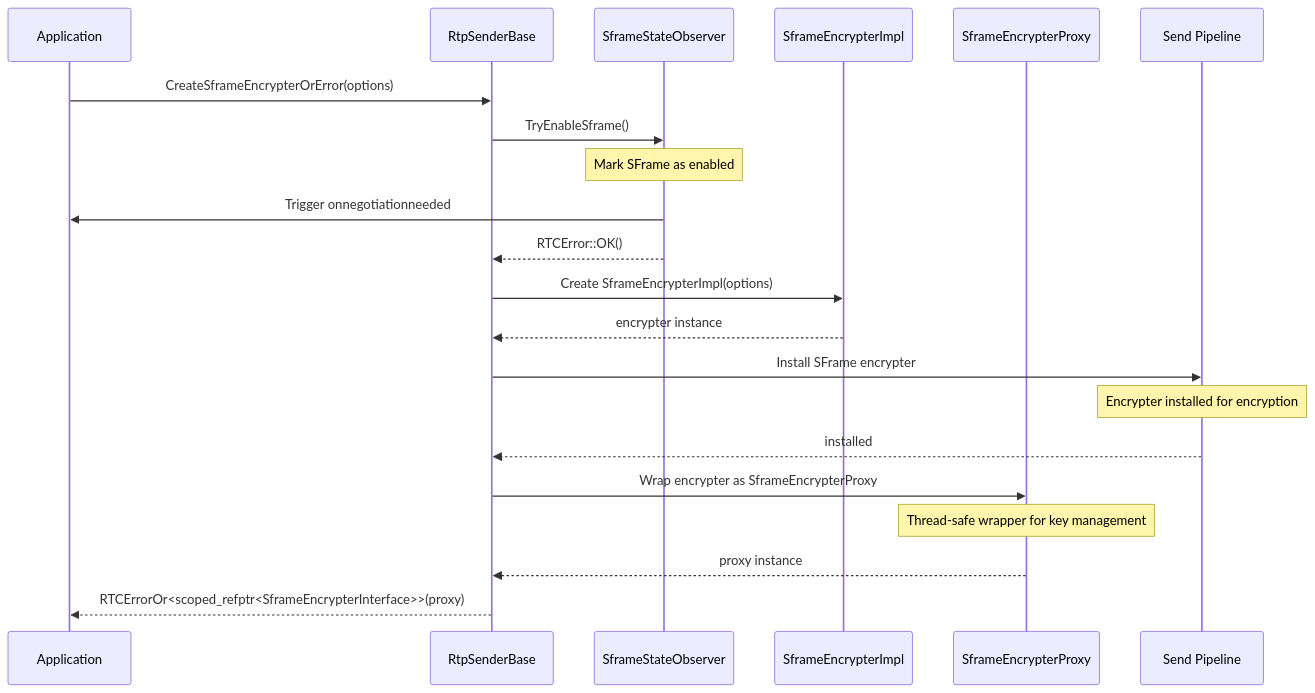
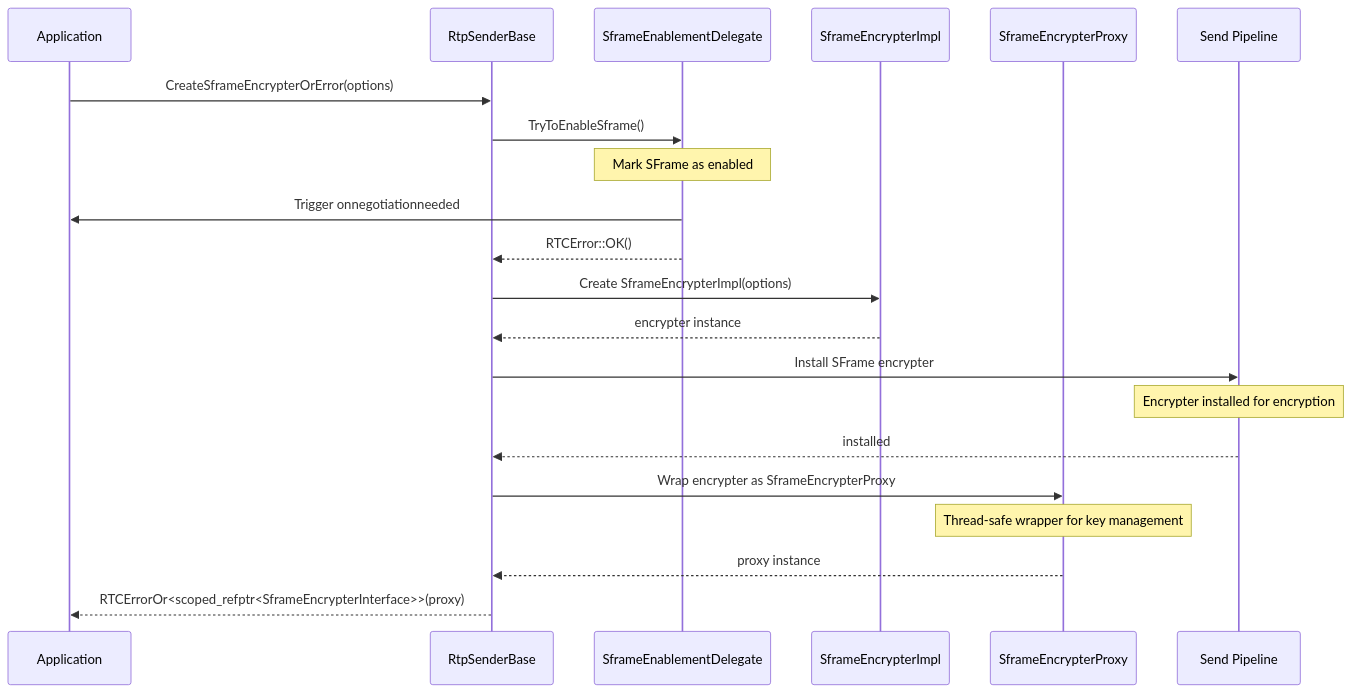
The eighth of 16 diagrams in README.md (webex/webrtc-sframe), drawn with Mermaid before and after one commit. The commit also changed other lines of this file and 1 other file, not shown here.

Commit message:
updated diagrams

````diff
--- a/README.md
+++ b/README.md
@@ -272,29 +274,29 @@
 ```mermaid
 sequenceDiagram
     participant App as Application
     participant Sender as RtpSenderBase
-    participant Observer as SframeStateObserver
+    participant Observer as SframeEnablementDelegate
     participant Encrypter as SframeEncrypterImpl
     participant Proxy as SframeEncrypterProxy
     participant Pipeline as Send Pipeline
 
     App->>Sender: CreateSframeEncrypterOrError(options)
 
-    Sender->>Observer: TryEnableSframe()
+    Sender->>Observer: TryToEnableSframe()
     Note over Observer: Mark SFrame as enabled
     Observer->>App: Trigger onnegotiationneeded
     Observer-->>Sender: RTCError::OK()
 
     Sender->>Encrypter: Create SframeEncrypterImpl(options)
     Encrypter-->>Sender: encrypter instance
 
     Sender->>Pipeline: Install SFrame encrypter
     Note over Pipeline: Encrypter installed for encryption
     Pipeline-->>Sender: installed
 
     Sender->>Proxy: Wrap encrypter as SframeEncrypterProxy
     Note over Proxy: Thread-safe wrapper for key management
     Proxy-->>Sender: proxy instance
 
     Sender-->>App: RTCErrorOr<scoped_refptr<SframeEncrypterInterface>>(proxy)
 ```
````
